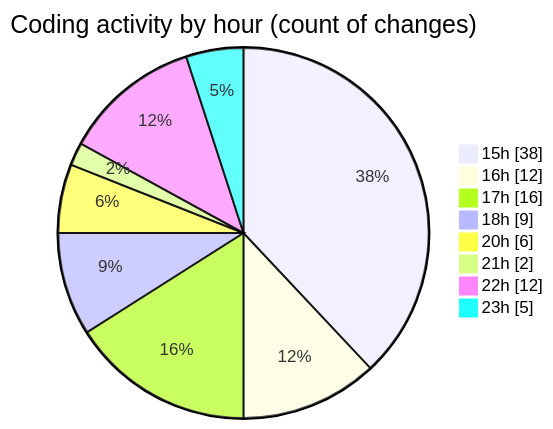
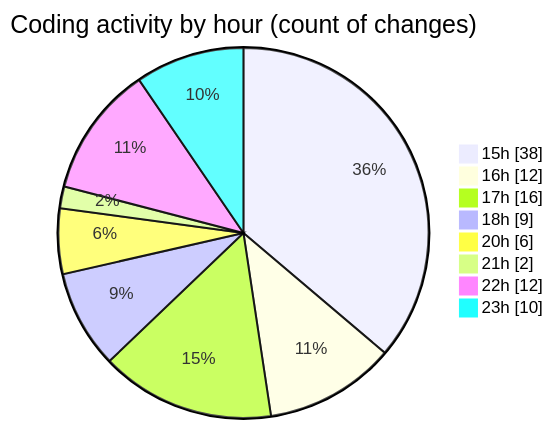
One commit to nxtqubesakshisongat/code-tracking changed the second of 2 diagrams in 2025-09-08/cashcalculator/README.md. Above: the diagram before and after it, drawn with Mermaid. The commit also changed other lines of this file and 1 other file, not shown here.

````diff
--- a/2025-09-08/cashcalculator/README.md
+++ b/2025-09-08/cashcalculator/README.md
@@ -28,12 +28,12 @@
 ```mermaid
 pie showData
 title Coding activity by hour (count of changes)
 "15h" : 38
 "16h" : 12
 "17h" : 16
 "18h" : 9
 "20h" : 6
 "21h" : 2
 "22h" : 12
-"23h" : 5
+"23h" : 10
 ```
````
